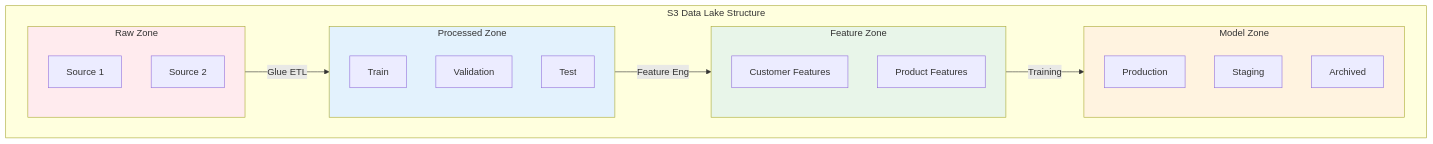
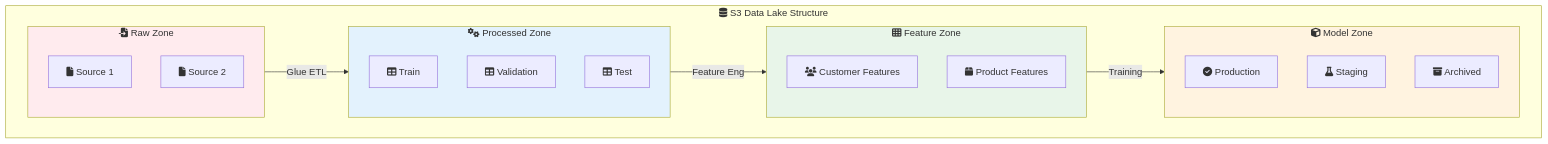
The first of 3 diagrams in aws-ml-associate-prep/02-s3-data-lake/LAB.md (vinu76jsr/aws-sample-projects), drawn with Mermaid before and after one commit. The commit also changed other lines of this file and 15 other files, not shown here.

First line of the commit message:
Add Font Awesome icons to all Mermaid diagrams

````diff
--- a/aws-ml-associate-prep/02-s3-data-lake/LAB.md
+++ b/aws-ml-associate-prep/02-s3-data-lake/LAB.md
@@ -14,35 +14,35 @@
 ```mermaid
 flowchart TB
-    subgraph DataLake["S3 Data Lake Structure"]
-        subgraph Raw["Raw Zone"]
-            R1[Source 1]
-            R2[Source 2]
+    subgraph DataLake["fa:fa-database S3 Data Lake Structure"]
+        subgraph Raw["fa:fa-file-import Raw Zone"]
+            R1[fa:fa-file Source 1]
+            R2[fa:fa-file Source 2]
         end
 
-        subgraph Processed["Processed Zone"]
-            P1[Train]
-            P2[Validation]
-            P3[Test]
+        subgraph Processed["fa:fa-cogs Processed Zone"]
+            P1[fa:fa-table Train]
+            P2[fa:fa-table Validation]
+            P3[fa:fa-table Test]
         end
 
-        subgraph Features["Feature Zone"]
-            F1[Customer Features]
-            F2[Product Features]
+        subgraph Features["fa:fa-th Feature Zone"]
+            F1[fa:fa-users Customer Features]
+            F2[fa:fa-box Product Features]
         end
 
-        subgraph Models["Model Zone"]
-            M1[Production]
-            M2[Staging]
-            M3[Archived]
+        subgraph Models["fa:fa-cube Model Zone"]
+            M1[fa:fa-check-circle Production]
+            M2[fa:fa-flask Staging]
+            M3[fa:fa-archive Archived]
         end
     end
 
     Raw --> |Glue ETL| Processed
     Processed --> |Feature Eng| Features
     Features --> |Training| Models
 
     style Raw fill:#ffebee
     style Processed fill:#e3f2fd
     style Features fill:#e8f5e9
     style Models fill:#fff3e0
 ```
````
